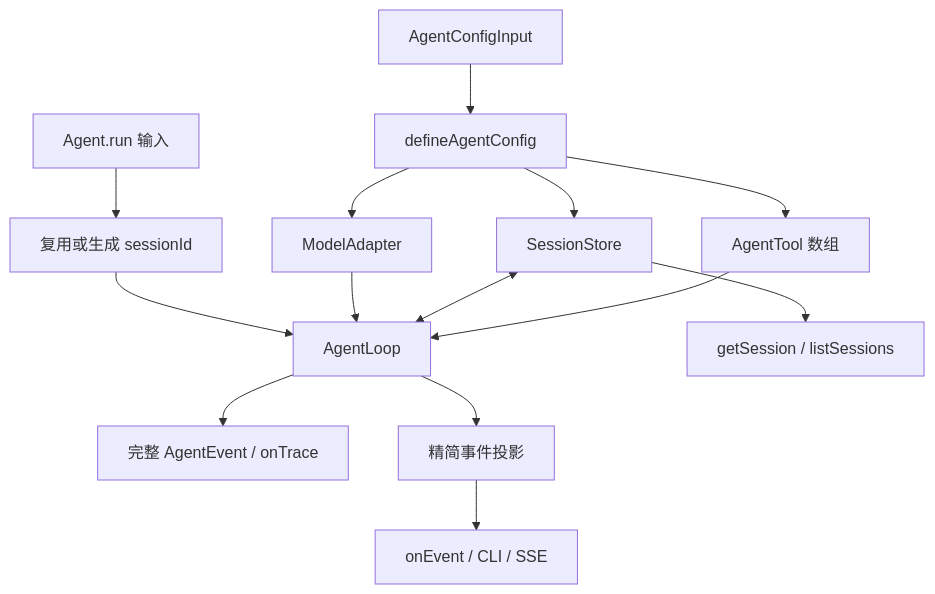
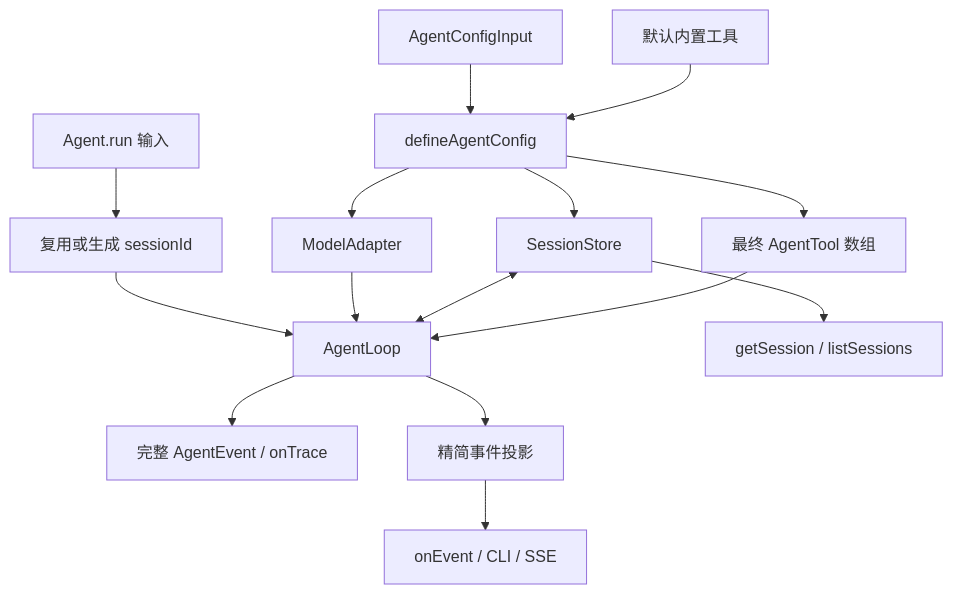
Before and after one commit to AlbertE1990/crafteHarness: the first of 2 diagrams in docs/learning/craft-agent-facade.md, drawn with Mermaid. The commit also changed other lines of this file and 19 other files, not shown here.

````diff
--- a/docs/learning/craft-agent-facade.md
+++ b/docs/learning/craft-agent-facade.md
@@ -74,16 +76,17 @@
 ```mermaid
 flowchart TD
   Config[AgentConfigInput] --> Normalize[defineAgentConfig]
   Normalize --> Adapter[ModelAdapter]
   Normalize --> Store[SessionStore]
-  Normalize --> Tools[AgentTool 数组]
+  Builtins[默认内置工具] --> Normalize
+  Normalize --> Tools[最终 AgentTool 数组]
   Request[Agent.run 输入] --> SessionId[复用或生成 sessionId]
   SessionId --> Loop[AgentLoop]
   Adapter --> Loop
   Store <--> Loop
   Tools --> Loop
   Loop --> Trace[完整 AgentEvent / onTrace]
   Loop --> Project[精简事件投影]
   Project --> Output[onEvent / CLI / SSE]
   Store --> Query[getSession / listSessions]
 ```
````
